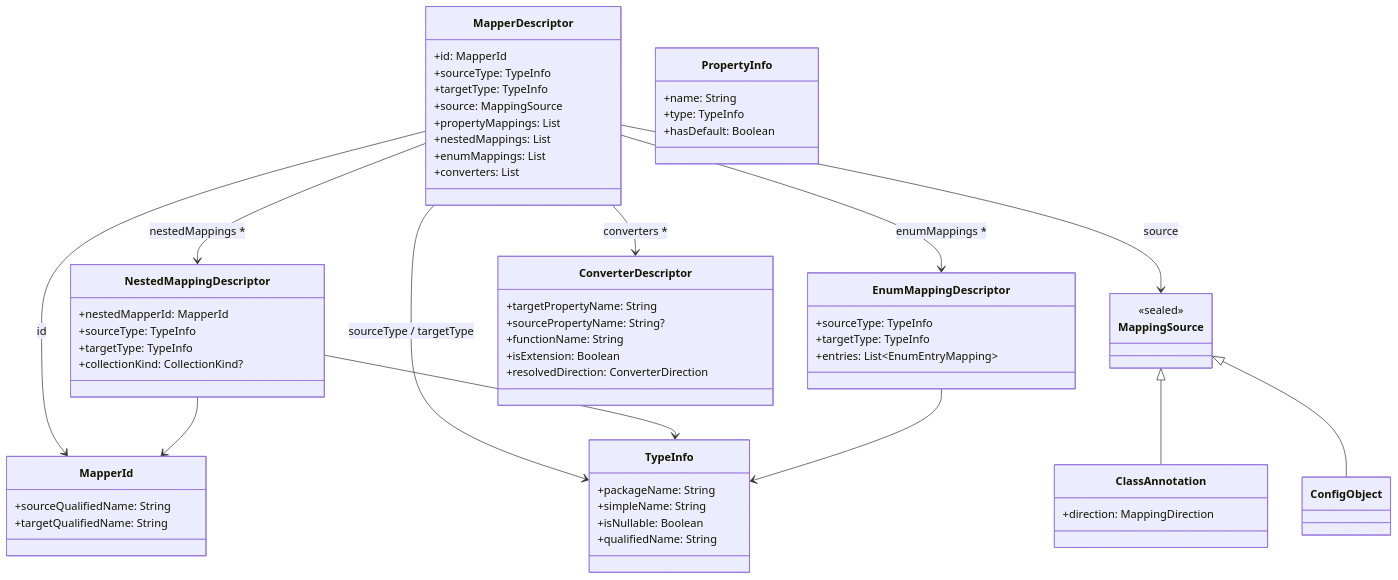
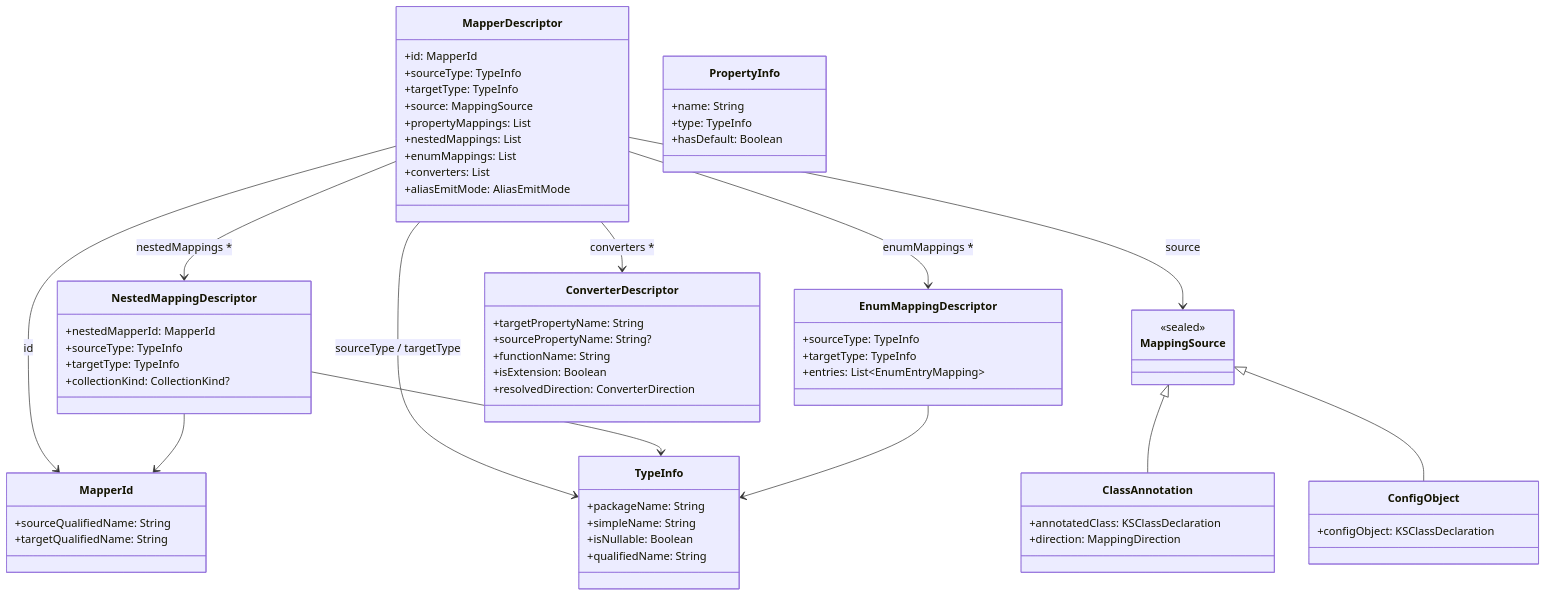
Before and after one commit to blu3berry-why/Kraft: the second of 3 diagrams in docs/developer-guide/custom-code-generator.md, drawn with Mermaid. The commit also changed other lines of this file and 4 other files, not shown here.

First line of the commit message:
Developer guide refresh: mermaid diagrams, newcomer path, contributing page (#80)

````diff
--- a/docs/developer-guide/custom-code-generator.md
+++ b/docs/developer-guide/custom-code-generator.md
@@ -59,72 +86,76 @@
 ```mermaid
 classDiagram
     direction TB
 
     class MapperDescriptor {
         +id: MapperId
         +sourceType: TypeInfo
         +targetType: TypeInfo
         +source: MappingSource
         +propertyMappings: List
         +nestedMappings: List
         +enumMappings: List
         +converters: List
+        +aliasEmitMode: AliasEmitMode
     }
 
     class MapperId {
         +sourceQualifiedName: String
         +targetQualifiedName: String
     }
     class TypeInfo {
         +packageName: String
         +simpleName: String
         +isNullable: Boolean
         +qualifiedName: String
     }
     class PropertyInfo {
         +name: String
         +type: TypeInfo
         +hasDefault: Boolean
     }
 
     class MappingSource {
         <<sealed>>
     }
     class ClassAnnotation {
+        +annotatedClass: KSClassDeclaration
         +direction: MappingDirection
     }
-    class ConfigObject
+    class ConfigObject {
+        +configObject: KSClassDeclaration
+    }
 
     class NestedMappingDescriptor {
         +nestedMapperId: MapperId
         +sourceType: TypeInfo
         +targetType: TypeInfo
         +collectionKind: CollectionKind?
     }
     class EnumMappingDescriptor {
         +sourceType: TypeInfo
         +targetType: TypeInfo
         +entries: List~EnumEntryMapping~
     }
     class ConverterDescriptor {
         +targetPropertyName: String
         +sourcePropertyName: String?
         +functionName: String
         +isExtension: Boolean
         +resolvedDirection: ConverterDirection
     }
 
     MapperDescriptor --> MapperId : id
     MapperDescriptor --> TypeInfo : sourceType / targetType
     MapperDescriptor --> MappingSource : source
     MapperDescriptor --> NestedMappingDescriptor : nestedMappings *
     MapperDescriptor --> EnumMappingDescriptor : enumMappings *
     MapperDescriptor --> ConverterDescriptor : converters *
 
     MappingSource <|-- ClassAnnotation
     MappingSource <|-- ConfigObject
 
     NestedMappingDescriptor --> MapperId
     NestedMappingDescriptor --> TypeInfo
     EnumMappingDescriptor --> TypeInfo
 ```
````
